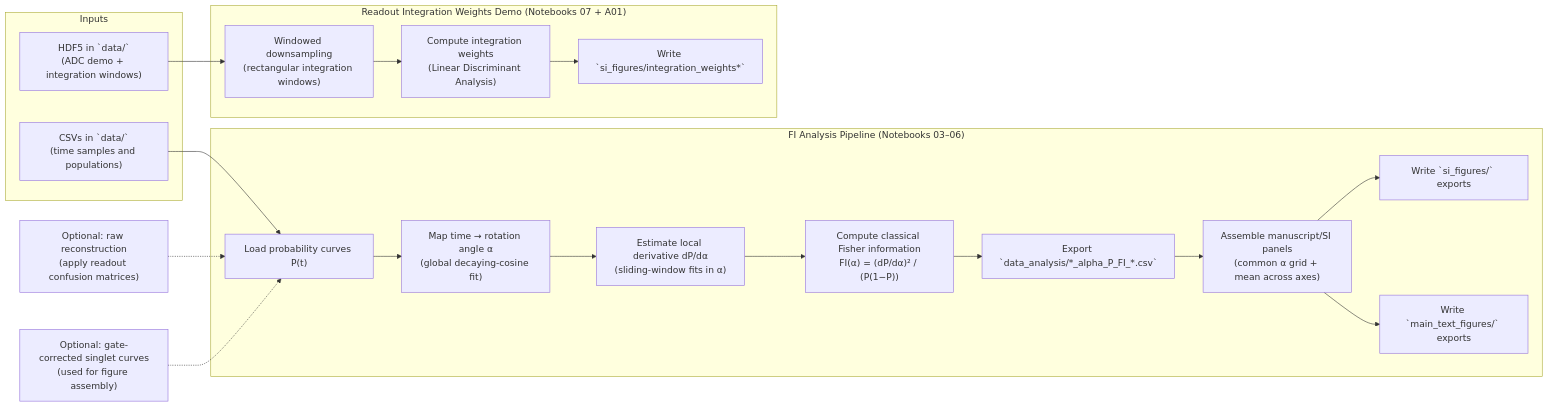
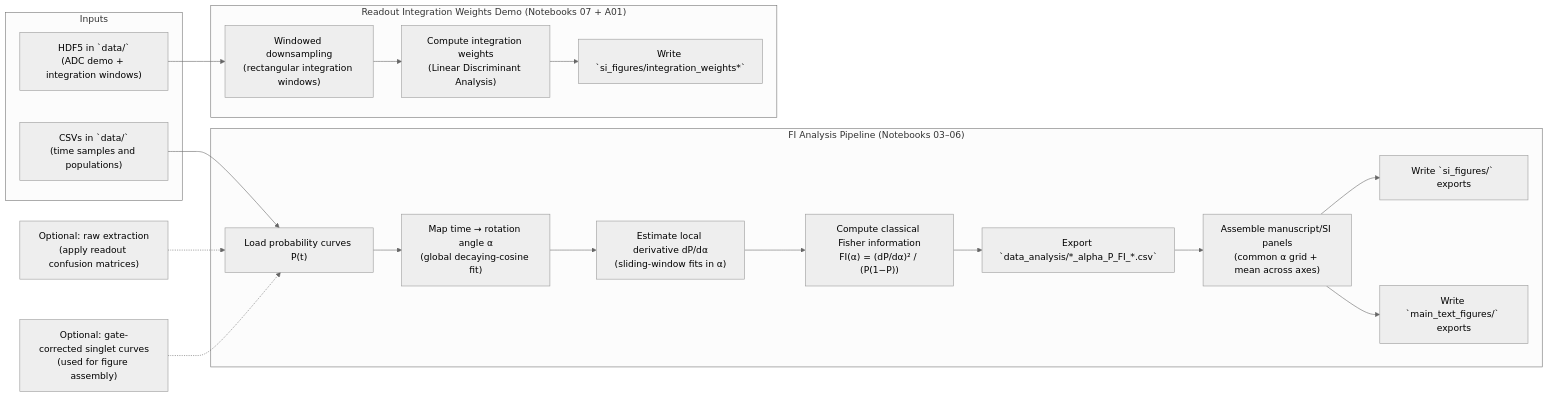
One commit to murchlab/positronium-sensing changed the second of 2 diagrams in README.md. Above: the diagram before and after it, drawn with Mermaid. The commit also changed other lines of this file and 21 other files, not shown here.

````diff
--- a/README.md
+++ b/README.md
@@ -31,33 +47,34 @@
 ```mermaid
+%%{init: {'theme': 'neutral'} }%%
 flowchart LR
   subgraph Inputs
     D_csv["CSVs in `data/`\n(time samples and populations)"]
     D_h5["HDF5 in `data/`\n(ADC demo + integration windows)"]
   end
 
   subgraph "FI Analysis Pipeline (Notebooks 03–06)"
     L["Load probability curves P(t)"]
     A["Map time → rotation angle α\n(global decaying-cosine fit)"]
     F["Estimate local derivative dP/dα\n(sliding-window fits in α)"]
     I["Compute classical Fisher information\nFI(α) = (dP/dα)² / (P(1−P))"]
     X["Export `data_analysis/*_alpha_P_FI_*.csv`"]
     P["Assemble manuscript/SI panels\n(common α grid + mean across axes)"]
     O_si["Write `si_figures/` exports"]
     O_main["Write `main_text_figures/` exports"]
   end
 
   subgraph "Readout Integration Weights Demo (Notebooks 07 + A01)"
     W1["Windowed downsampling\n(rectangular integration windows)"]
     W2["Compute integration weights\n(Linear Discriminant Analysis)"]
     W3["Write `si_figures/integration_weights*`"]
   end
 
   D_csv --> L --> A --> F --> I --> X --> P --> O_si
   P --> O_main
   D_h5 --> W1 --> W2 --> W3
 
-  RC["Optional: raw reconstruction\n(apply readout confusion matrices)"]
+  RC["Optional: raw extraction\n(apply readout confusion matrices)"]
   GC["Optional: gate-corrected singlet curves\n(used for figure assembly)"]
   RC -.-> L
   GC -.-> L
 ```
````
